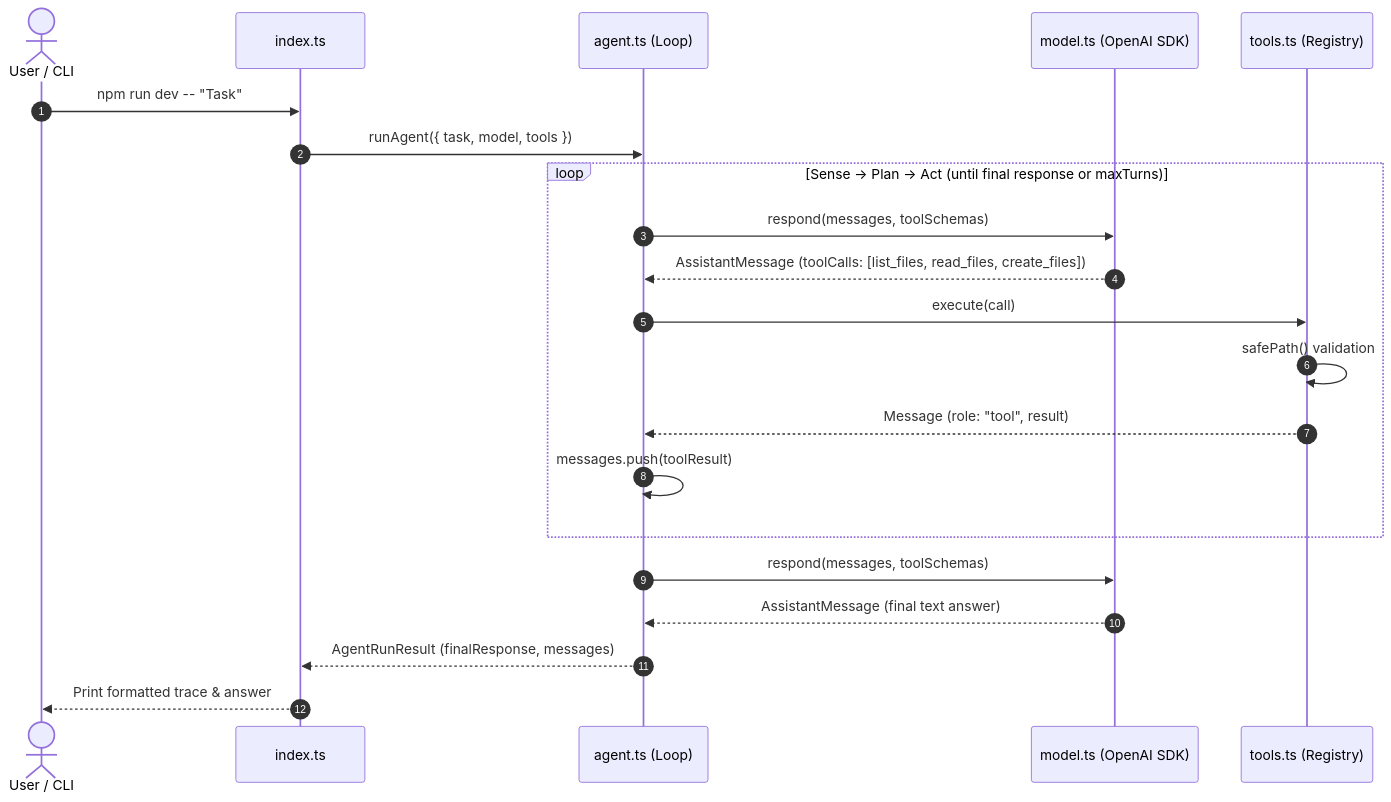
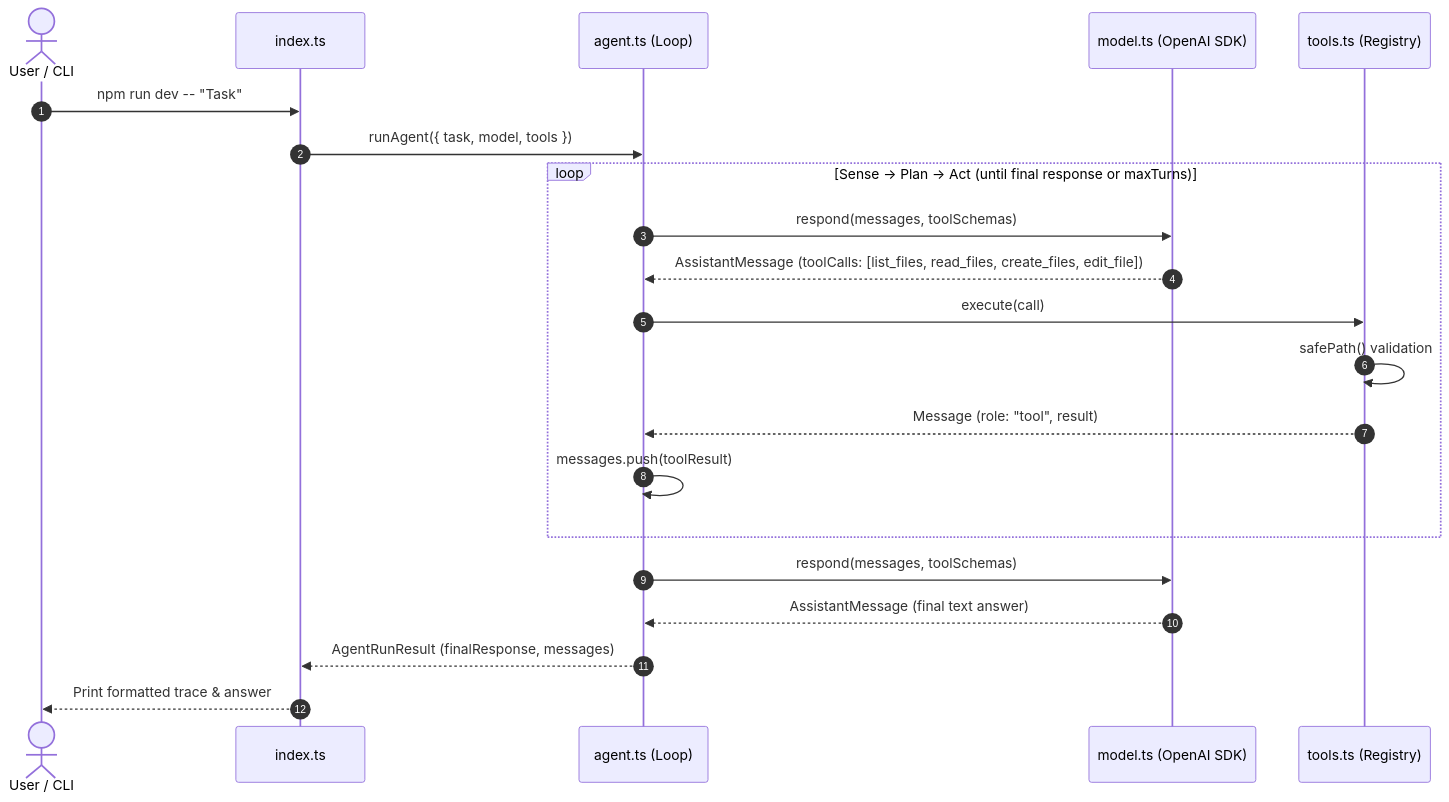
One commit to JacobAdams54/CoyoteCode changed the diagram in docs/code-map.md. Above: the diagram before and after it, drawn with Mermaid. The commit also changed other lines of this file and 4 other files, not shown here.

First line of the commit message:
feat: add edit_file tool for targeted text replacement (#37)

````diff
--- a/docs/code-map.md
+++ b/docs/code-map.md
@@ -5,26 +5,26 @@
 ```mermaid
 sequenceDiagram
     autonumber
     actor Terminal as User / CLI
     participant Index as index.ts
     participant Agent as agent.ts (Loop)
     participant Model as model.ts (OpenAI SDK)
     participant Tools as tools.ts (Registry)
 
     Terminal->>Index: npm run dev -- "Task"
     Index->>Agent: runAgent({ task, model, tools })
 
     loop Sense → Plan → Act (until final response or maxTurns)
         Agent->>Model: respond(messages, toolSchemas)
-        Model-->>Agent: AssistantMessage (toolCalls: [list_files, read_files, create_files])
+        Model-->>Agent: AssistantMessage (toolCalls: [list_files, read_files, create_files, edit_file])
         Agent->>Tools: execute(call)
         Tools->>Tools: safePath() validation
         Tools-->>Agent: Message (role: "tool", result)
         Agent->>Agent: messages.push(toolResult)
     end
 
     Agent->>Model: respond(messages, toolSchemas)
     Model-->>Agent: AssistantMessage (final text answer)
     Agent-->>Index: AgentRunResult (finalResponse, messages)
     Index-->>Terminal: Print formatted trace & answer
 ```
````
